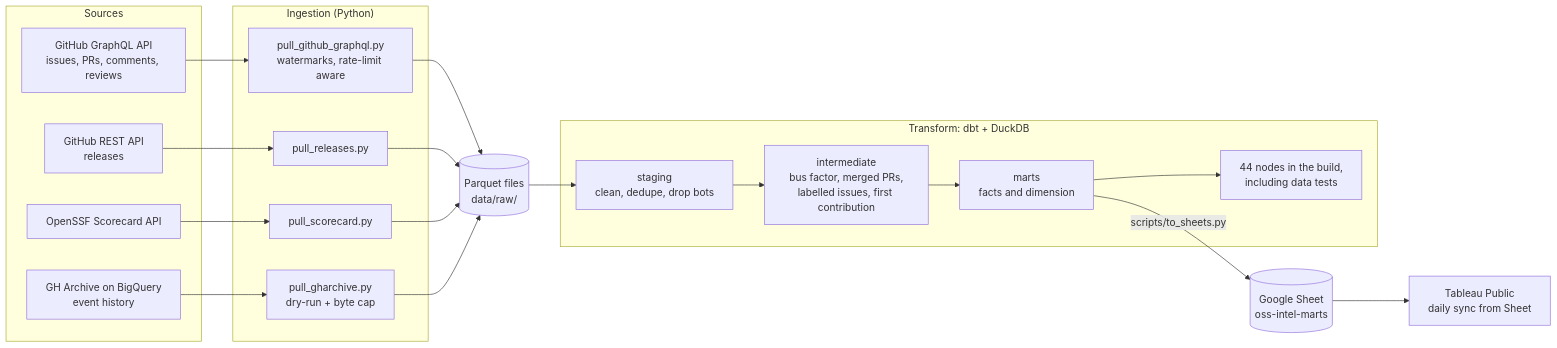
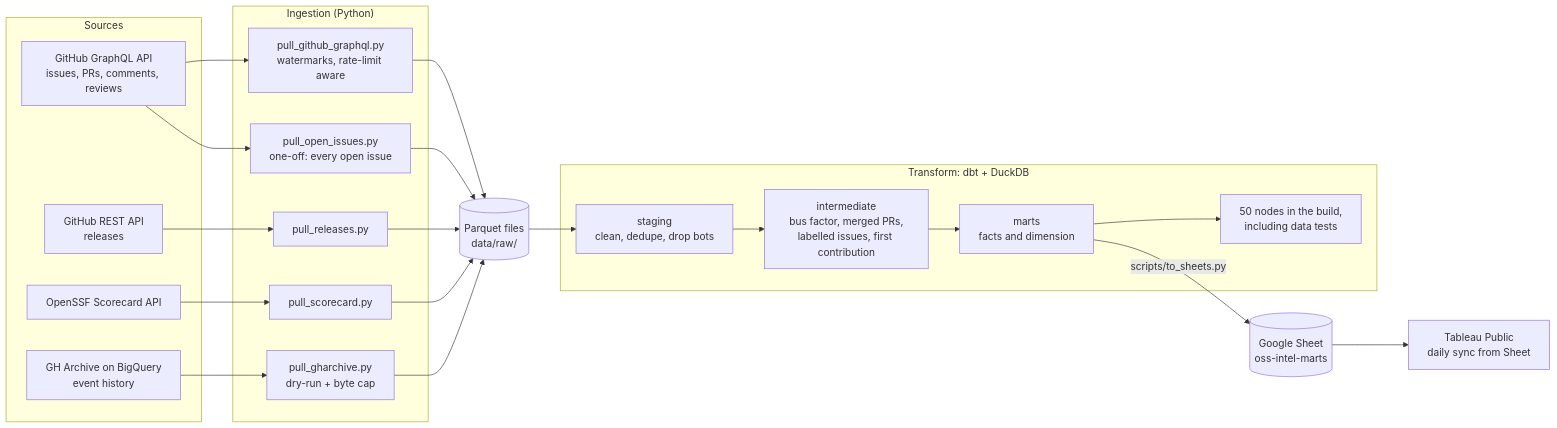
The first of 4 diagrams in README.md (Ubed23/oss-ecosystem-intelligence), drawn with Mermaid before and after one commit. The commit also changed other lines of this file and 34 other files, not shown here.

Commit message:
Add maintainer identification, open-issues pull, bug-label coverage rule, cohort and snapshot fixes; more tests

````diff
--- a/README.md
+++ b/README.md
@@ -56,35 +56,37 @@
 ```mermaid
 flowchart LR
     subgraph SRC["Sources"]
         GQL["GitHub GraphQL API<br/>issues, PRs, comments, reviews"]
         REST["GitHub REST API<br/>releases"]
         OSSF["OpenSSF Scorecard API"]
         BQ["GH Archive on BigQuery<br/>event history"]
     end
 
     subgraph ING["Ingestion (Python)"]
         P1["pull_github_graphql.py<br/>watermarks, rate-limit aware"]
         P2["pull_releases.py"]
         P3["pull_scorecard.py"]
         P4["pull_gharchive.py<br/>dry-run + byte cap"]
+    P5["pull_open_issues.py<br/>one-off: every open issue"]
     end
 
     RAW[("Parquet files<br/>data/raw/")]
 
     subgraph WH["Transform: dbt + DuckDB"]
         STG["staging<br/>clean, dedupe, drop bots"]
         INT["intermediate<br/>bus factor, merged PRs,<br/>labelled issues, first contribution"]
         MART["marts<br/>facts and dimension"]
-        TST["44 nodes in the build,<br/>including data tests"]
+        TST["50 nodes in the build,<br/>including data tests"]
     end
 
     SHEET[("Google Sheet<br/>oss-intel-marts")]
     TAB["Tableau Public<br/>daily sync from Sheet"]
 
     GQL --> P1 --> RAW
     REST --> P2 --> RAW
     OSSF --> P3 --> RAW
     BQ --> P4 --> RAW
+    GQL --> P5 --> RAW
     RAW --> STG --> INT --> MART --> TST
     MART -->|"scripts/to_sheets.py"| SHEET --> TAB
 ```
````
